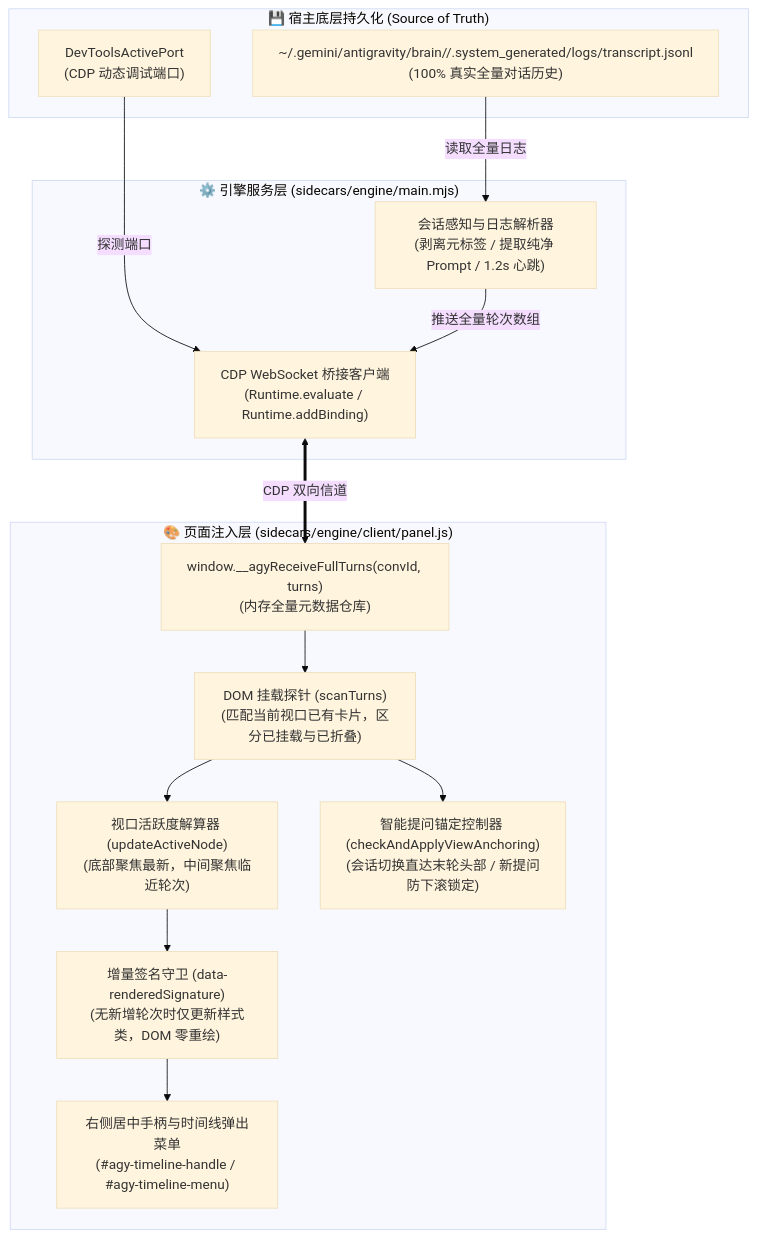
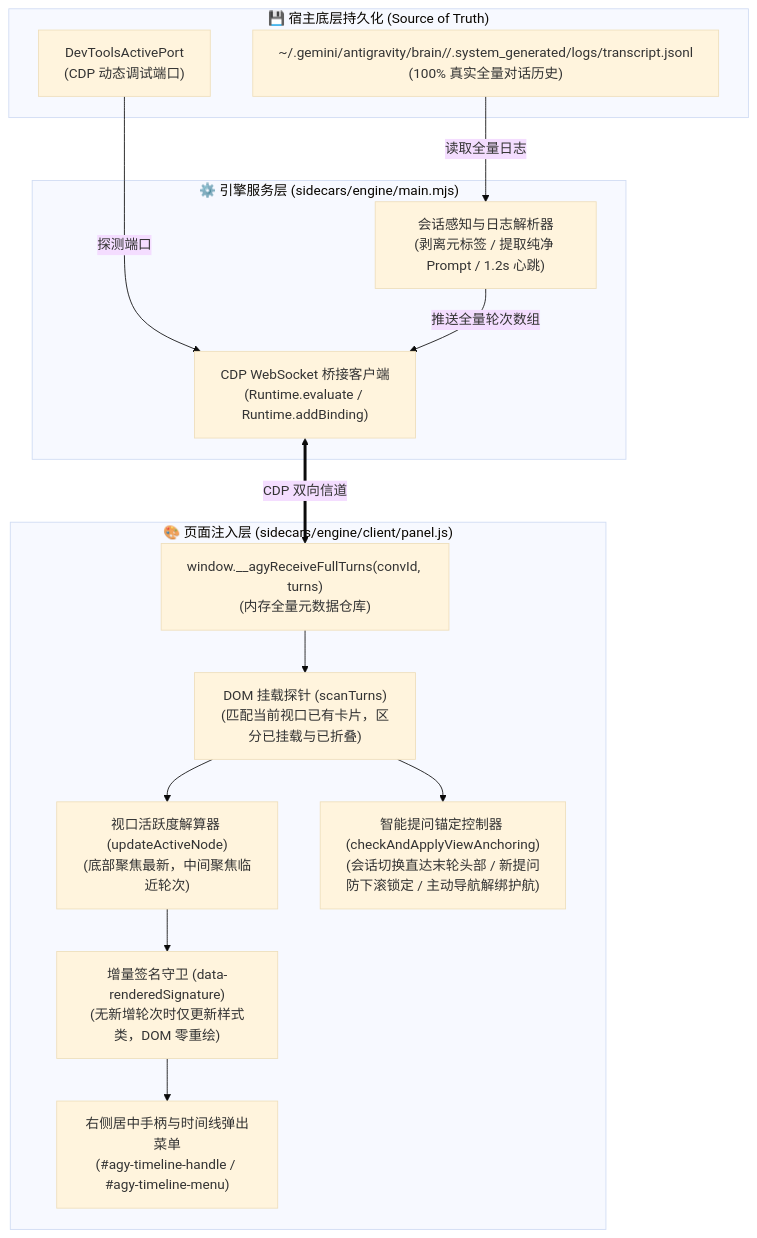
Before and after one commit to moumouye/antigravity-timeline: the diagram in docs/contracts.md, drawn with Mermaid (base theme). The commit also changed 5 other files, not shown here.

````diff
--- a/docs/contracts.md
+++ b/docs/contracts.md
@@ -11,31 +11,31 @@
 ```mermaid
 flowchart TB
     subgraph HostFS ["💾 宿主底层持久化 (Source of Truth)"]
         Transcript["~/.gemini/antigravity/brain/<conv-id>/.system_generated/logs/transcript.jsonl<br/>(100% 真实全量对话历史)"]
         DevToolsPort["DevToolsActivePort<br/>(CDP 动态调试端口)"]
     end
 
     subgraph SidecarEngine ["⚙️ 引擎服务层 (sidecars/engine/main.mjs)"]
         Scanner["会话感知与日志解析器<br/>(剥离元标签 / 提取纯净 Prompt / 1.2s 心跳)"]
         CdpHost["CDP WebSocket 桥接客户端<br/>(Runtime.evaluate / Runtime.addBinding)"]
     end
 
     subgraph InjectedClient ["🎨 页面注入层 (sidecars/engine/client/panel.js)"]
         Receiver["window.__agyReceiveFullTurns(convId, turns)<br/>(内存全量元数据仓库)"]
         DOMReconcile["DOM 挂载探针 (scanTurns)<br/>(匹配当前视口已有卡片，区分已挂载与已折叠)"]
         ActiveSpy["视口活跃度解算器 (updateActiveNode)<br/>(底部聚焦最新，中间聚焦临近轮次)"]
-        AnchorController["智能提问锚定控制器 (checkAndApplyViewAnchoring)<br/>(会话切换直达末轮头部 / 新提问防下滚锁定)"]
+        AnchorController["智能提问锚定控制器 (checkAndApplyViewAnchoring)<br/>(会话切换直达末轮头部 / 新提问防下滚锁定 / 主动导航解绑护航)"]
         RenderGuard["增量签名守卫 (data-renderedSignature)<br/>(无新增轮次时仅更新样式类，DOM 零重绘)"]
         UIEntry["右侧居中手柄与时间线弹出菜单<br/>(#agy-timeline-handle / #agy-timeline-menu)"]
     end
 
     DevToolsPort -->|探测端口| CdpHost
     CdpHost <==>|CDP 双向信道| Receiver
     Transcript -->|读取全量日志| Scanner
     Scanner -->|推送全量轮次数组| CdpHost
     Receiver --> DOMReconcile
     DOMReconcile --> ActiveSpy
     DOMReconcile --> AnchorController
     ActiveSpy --> RenderGuard
     RenderGuard --> UIEntry
 ```
````
